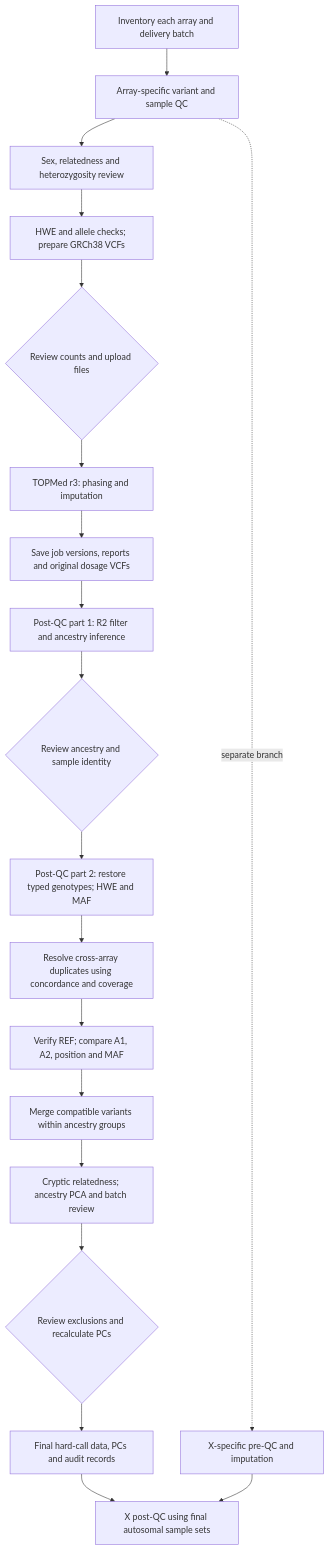
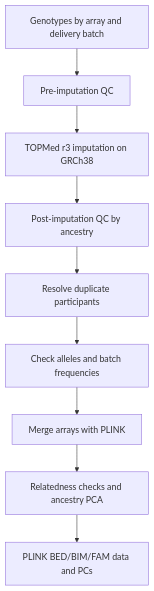
One commit to IDOJI/adni-data-pipeline changed the diagram in SNP/README.md. Above: the diagram before and after it, drawn with Mermaid. The commit also changed other lines of this file and 8 other files, not shown here.

````diff
--- a/SNP/README.md
+++ b/SNP/README.md
@@ -24,21 +9,11 @@
 ```mermaid
 flowchart TD
-    A[Inventory each array and delivery batch] --> B[Array-specific variant and sample QC]
-    B --> C[Sex, relatedness and heterozygosity review]
-    C --> D[HWE and allele checks; prepare GRCh38 VCFs]
-    D --> E{Review counts and upload files}
-    E --> F[TOPMed r3: phasing and imputation]
-    F --> G[Save job versions, reports and original dosage VCFs]
-    G --> H[Post-QC part 1: R2 filter and ancestry inference]
-    H --> I{Review ancestry and sample identity}
-    I --> J[Post-QC part 2: restore typed genotypes; HWE and MAF]
-    J --> K[Resolve cross-array duplicates using concordance and coverage]
-    K --> L[Verify REF; compare A1, A2, position and MAF]
-    L --> M[Merge compatible variants within ancestry groups]
-    M --> N[Cryptic relatedness; ancestry PCA and batch review]
-    N --> O{Review exclusions and recalculate PCs}
-    O --> P[Final hard-call data, PCs and audit records]
-    B -. separate branch .-> X[X-specific pre-QC and imputation]
-    P --> Y[X post-QC using final autosomal sample sets]
-    X --> Y
+    A[Genotypes by array and delivery batch] --> B[Pre-imputation QC]
+    B --> C[TOPMed r3 imputation on GRCh38]
+    C --> D[Post-imputation QC by ancestry]
+    D --> E[Resolve duplicate participants]
+    E --> F[Check alleles and batch frequencies]
+    F --> G[Merge arrays with PLINK]
+    G --> H[Relatedness checks and ancestry PCA]
+    H --> I[PLINK BED/BIM/FAM data and PCs]
 ```
````
